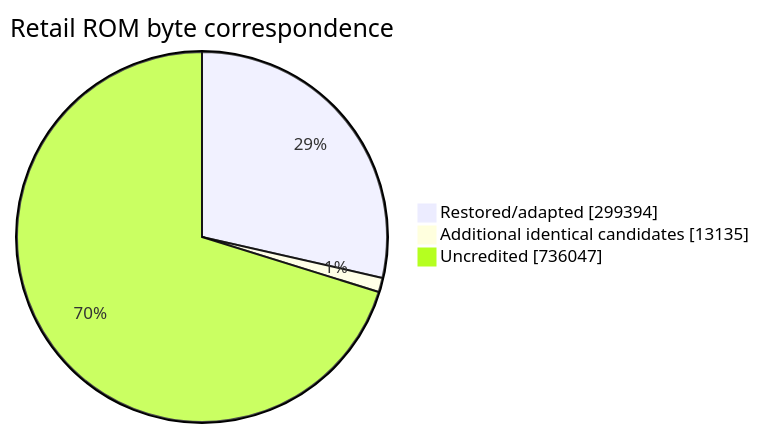
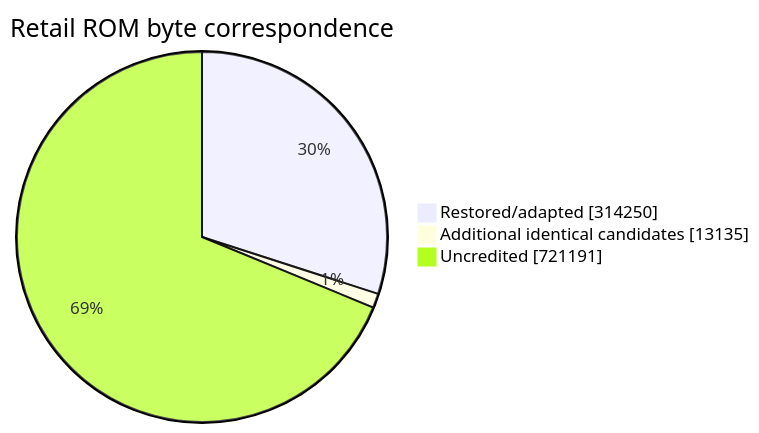
One commit to NachtRaveVL/stuntracefx changed the second of 2 diagrams in readme.md. Above: the diagram before and after it, drawn with Mermaid. The commit also changed other lines of this file and 6 other files, not shown here.

````diff
--- a/readme.md
+++ b/readme.md
@@ -110,7 +110,7 @@
 ```mermaid
 pie showData
     title Retail ROM byte correspondence
-    "Restored/adapted" : 299394
+    "Restored/adapted" : 314250
     "Additional identical candidates" : 13135
-    "Uncredited" : 736047
+    "Uncredited" : 721191
 ```
````
